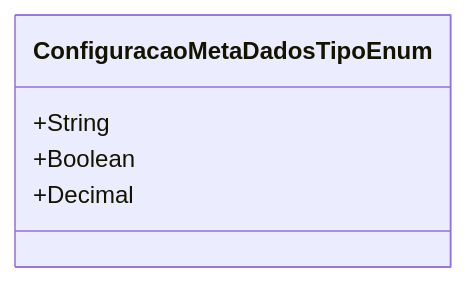
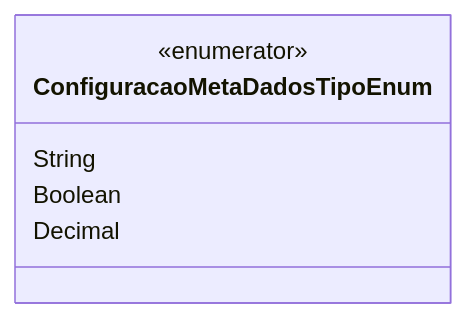
One commit to IsthmusSistemas/documentacao-tecnica changed the diagram in docs/b2b-dominio/IsthmusWinthor.Nucleo/IsthmusWinthor.Dominio/Enumeradores/ConfiguracaoMetaDadosTipoEnum.md. Above: the diagram before and after it, drawn with Mermaid. The commit also changed other lines of this file and 882 other files, not shown here.

````diff
--- a/docs/b2b-dominio/IsthmusWinthor.Nucleo/IsthmusWinthor.Dominio/Enumeradores/ConfiguracaoMetaDadosTipoEnum.md
+++ b/docs/b2b-dominio/IsthmusWinthor.Nucleo/IsthmusWinthor.Dominio/Enumeradores/ConfiguracaoMetaDadosTipoEnum.md
@@ -12,8 +15,9 @@
 ```mermaid
 classDiagram
     class ConfiguracaoMetaDadosTipoEnum {
-        +String
-        +Boolean
-        +Decimal
+        <<enumerator>>
+        String
+        Boolean
+        Decimal
     }
 ```
````
